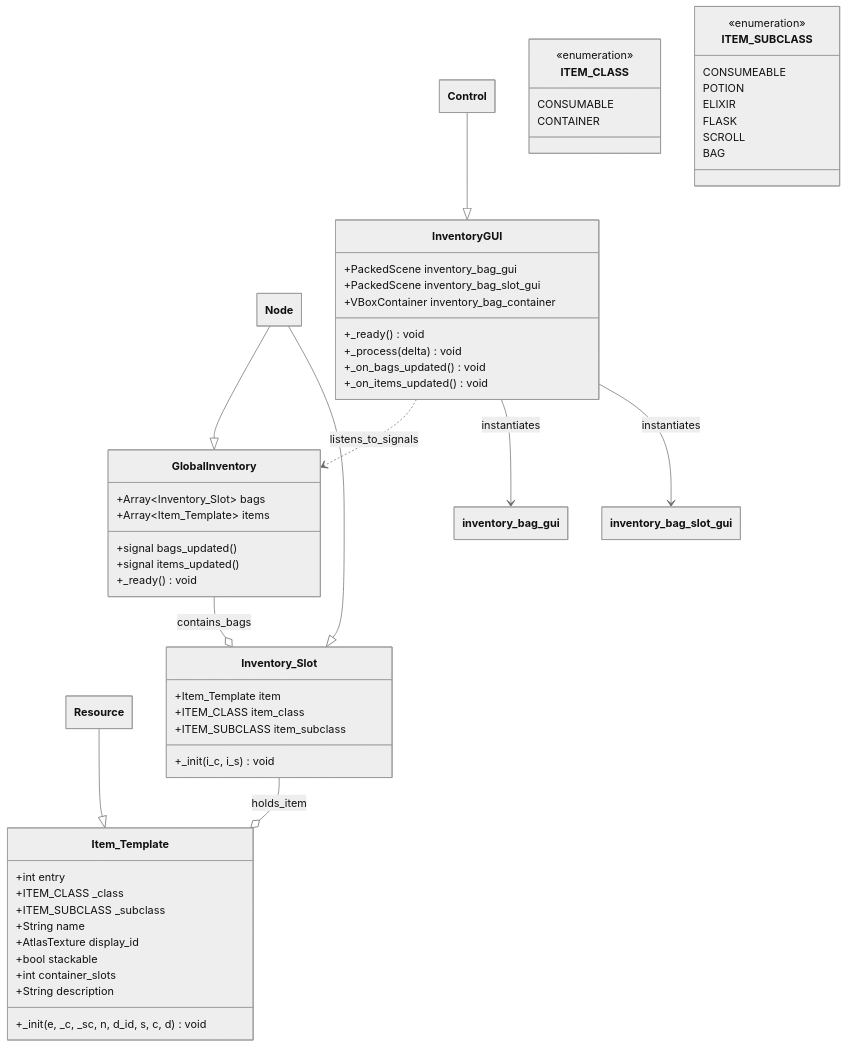
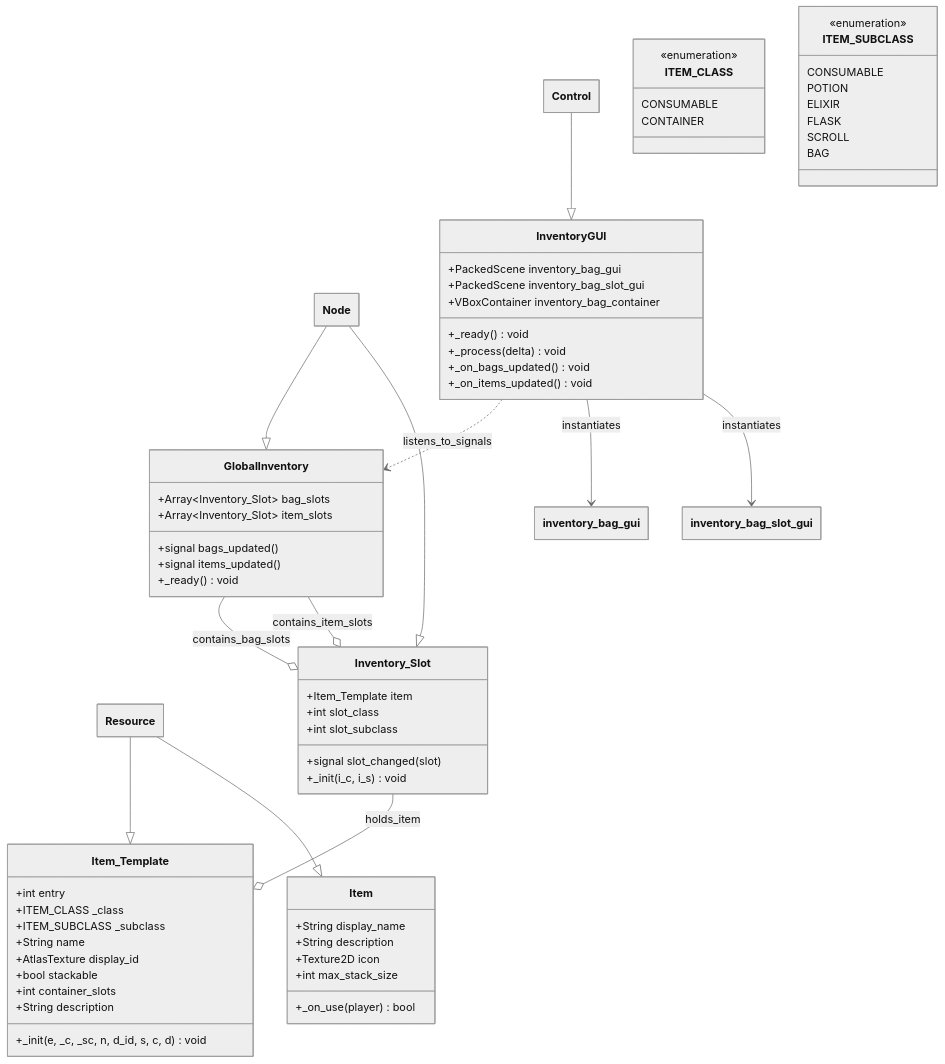
One commit to arnoldblake/godot-3d-multiplayer-template changed the diagram in docs/inventory.md. Above: the diagram before and after it, drawn with Mermaid (neutral theme). The commit also changed other lines of this file and 4 other files, not shown here.

```diff
--- a/docs/inventory.md
+++ b/docs/inventory.md
@@ -51,72 +60,83 @@
 ::: mermaid
 ---
 config:
     class:
         hideEmptyMembersBox: true
 ---
 
 classDiagram
     Node --|> GlobalInventory
     class GlobalInventory {
-        +Array~Inventory_Slot~ bags
-        +Array~Item_Template~ items
+        +Array~Inventory_Slot~ bag_slots
+        +Array~Inventory_Slot~ item_slots
         +signal bags_updated()
         +signal items_updated()
         +_ready() void
     }
 
     Resource --|> Item_Template
     class Item_Template {
         +int entry
         +ITEM_CLASS _class
         +ITEM_SUBCLASS _subclass
         +String name
         +AtlasTexture display_id
         +bool stackable
         +int container_slots
         +String description
         +_init(e, _c, _sc, n, d_id, s, c, d) void
     }
 
     Node --|> Inventory_Slot
     class Inventory_Slot {
         +Item_Template item
-        +ITEM_CLASS item_class
-        +ITEM_SUBCLASS item_subclass
+        +int slot_class
+        +int slot_subclass
+        +signal slot_changed(slot)
         +_init(i_c, i_s) void
     }
 
     Control --|> InventoryGUI
     class InventoryGUI {
         +PackedScene inventory_bag_gui
         +PackedScene inventory_bag_slot_gui
         +VBoxContainer inventory_bag_container
         +_ready() void
         +_process(delta) void
         +_on_bags_updated() void
         +_on_items_updated() void
     }
 
-    GlobalInventory --o Inventory_Slot : contains_bags
+    Resource --|> Item
+    class Item {
+        +String display_name
+        +String description
+        +Texture2D icon
+        +int max_stack_size
+        +_on_use(player) bool
+    }
+
+    GlobalInventory --o Inventory_Slot : contains_bag_slots
+    GlobalInventory --o Inventory_Slot : contains_item_slots
     Inventory_Slot --o Item_Template : holds_item
     InventoryGUI ..> GlobalInventory : listens_to_signals
     InventoryGUI --> inventory_bag_gui : instantiates
     InventoryGUI --> inventory_bag_slot_gui : instantiates
 
     class ITEM_CLASS {
         <<enumeration>>
         CONSUMABLE
         CONTAINER
     }
     
     class ITEM_SUBCLASS {
         <<enumeration>>
-        CONSUMEABLE
+        CONSUMABLE
         POTION
         ELIXIR
         FLASK
         SCROLL
         BAG
     }
 
 :::
```
